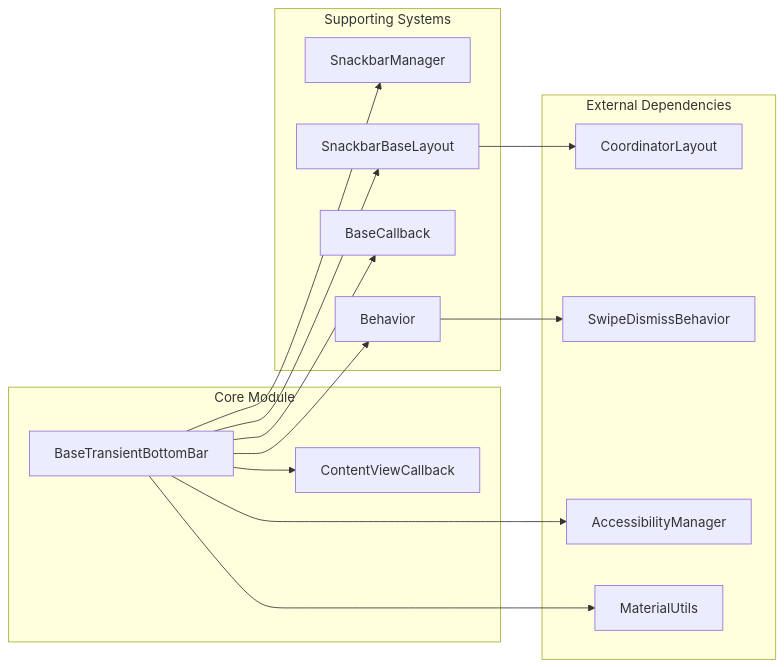
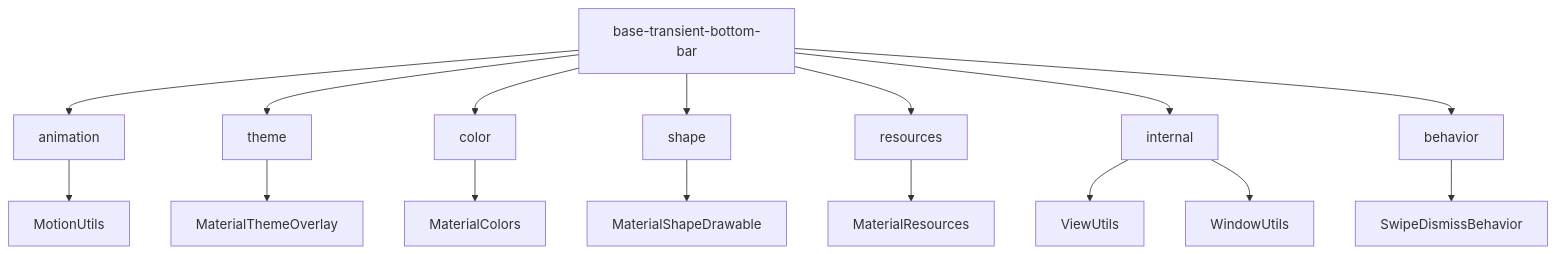
The sixth of 7 diagrams in docs/material-components--material-components-android-docs/base-transient-bottom-bar.md (FSoft-AI4Code/codewiki-demo), drawn with Mermaid before and after one commit. The commit also changed other lines of this file and 1103 other files, not shown here.

````diff
--- a/docs/material-components--material-components-android-docs/base-transient-bottom-bar.md
+++ b/docs/material-components--material-components-android-docs/base-transient-bottom-bar.md
@@ -117,31 +183,19 @@
 ```mermaid
-graph LR
-    subgraph "Core Module"
-        BTB[BaseTransientBottomBar]
-        CVCB[ContentViewCallback]
-    end
+graph TD
+    A[base-transient-bottom-bar] --> B[animation]
+    A --> C[theme]
+    A --> D[color]
+    A --> E[shape]
+    A --> F[resources]
+    A --> G[internal]
+    A --> H[behavior]
     
-    subgraph "Supporting Systems"
-        SM[SnackbarManager]
-        SBL[SnackbarBaseLayout]
-        BC[BaseCallback]
-        B[Behavior]
-    end
-    
-    subgraph "External Dependencies"
-        CL[CoordinatorLayout]
-        SDB[SwipeDismissBehavior]
-        AM[AccessibilityManager]
-        MU[MaterialUtils]
-    end
-    
-    BTB --> CVCB
-    BTB --> SM
-    BTB --> SBL
-    BTB --> BC
-    BTB --> B
-    B --> SDB
-    SBL --> CL
-    BTB --> AM
-    BTB --> MU
+    B --> B1[MotionUtils]
+    C --> C1[MaterialThemeOverlay]
+    D --> D1[MaterialColors]
+    E --> E1[MaterialShapeDrawable]
+    F --> F1[MaterialResources]
+    G --> G1[ViewUtils]
+    G --> G2[WindowUtils]
+    H --> H1[SwipeDismissBehavior]
 ```
````
